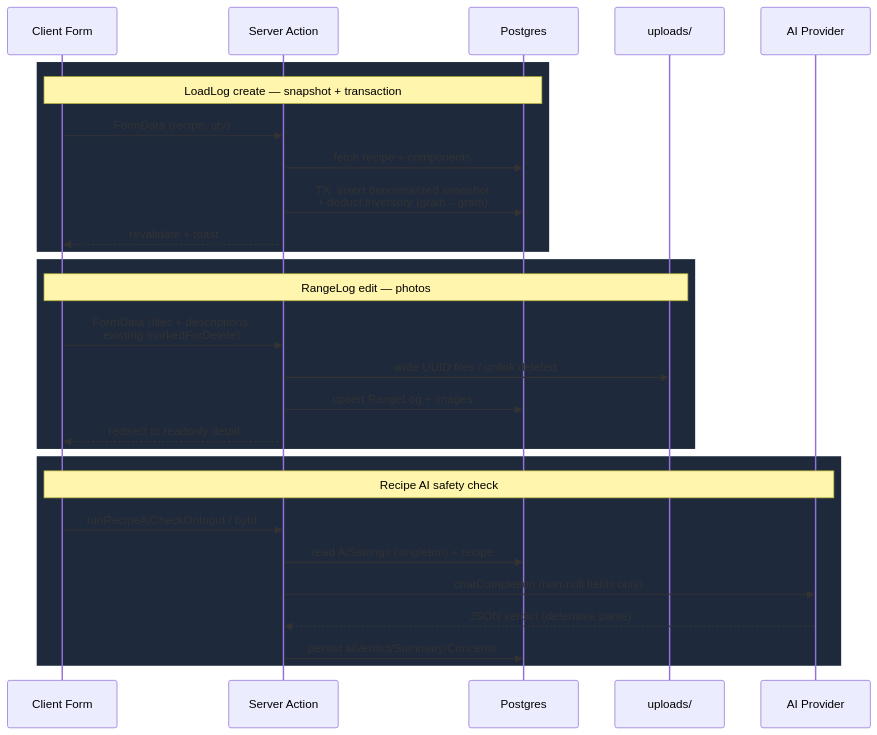
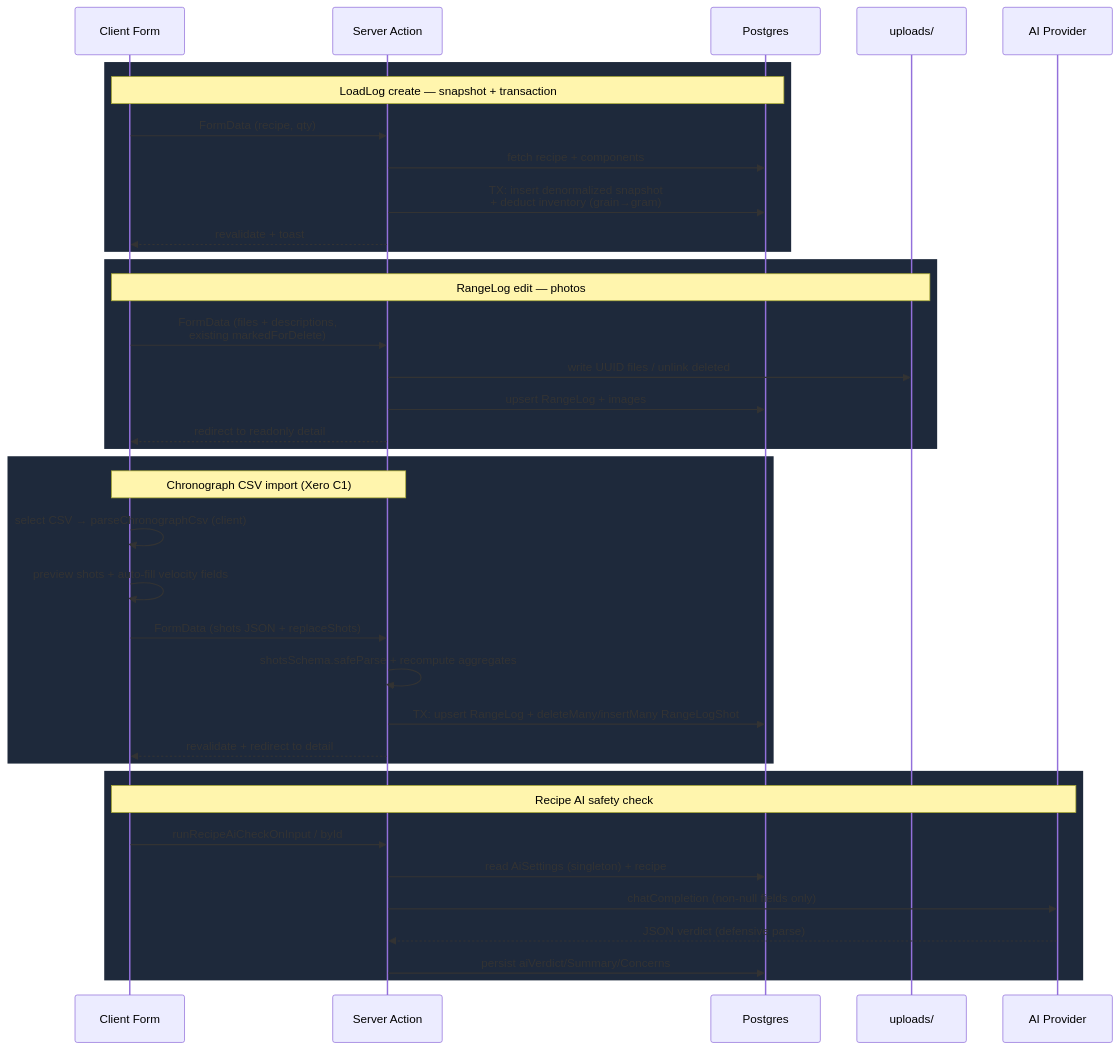
The third of 3 diagrams in docs/architecture.md (KennethEgholm/reloading), drawn with Mermaid before and after one commit. The commit also changed other lines of this file and 2 other files, not shown here.

Commit message:
docs: document chronograph CSV import + RangeLogShot model

````diff
--- a/docs/architecture.md
+++ b/docs/architecture.md
@@ -118,33 +126,43 @@
 ```mermaid
 sequenceDiagram
     participant U as Client Form
     participant A as Server Action
     participant DB as Postgres
     participant FS as uploads/
     participant AI as AI Provider
 
     rect rgb(30,41,59)
     note over U,DB: LoadLog create — snapshot + transaction
     U->>A: FormData (recipe, qty)
     A->>DB: fetch recipe + components
     A->>DB: TX: insert denormalized snapshot<br/>+ deduct inventory (grain→gram)
     A-->>U: revalidate + toast
     end
 
     rect rgb(30,41,59)
     note over U,FS: RangeLog edit — photos
     U->>A: FormData (files + descriptions,<br/>existing markedForDelete)
     A->>FS: write UUID files / unlink deleted
     A->>DB: upsert RangeLog + images
     A-->>U: redirect to readonly detail
     end
 
     rect rgb(30,41,59)
+    note over U,A: Chronograph CSV import (Xero C1)
+    U->>U: select CSV → parseChronographCsv (client)
+    U->>U: preview shots + auto-fill velocity fields
+    U->>A: FormData (shots JSON + replaceShots)
+    A->>A: shotsSchema.safeParse + recompute aggregates
+    A->>DB: TX: upsert RangeLog + deleteMany/insertMany RangeLogShot
+    A-->>U: revalidate + redirect to detail
+    end
+
+    rect rgb(30,41,59)
     note over U,AI: Recipe AI safety check
     U->>A: runRecipeAiCheckOnInput / byId
     A->>DB: read AiSettings (singleton) + recipe
     A->>AI: chatCompletion (non-null fields only)
     AI-->>A: JSON verdict (defensive parse)
     A->>DB: persist aiVerdict/Summary/Concerns
     end
 ```
````
